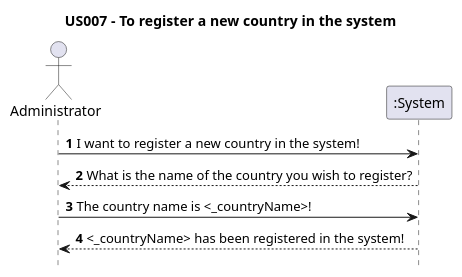
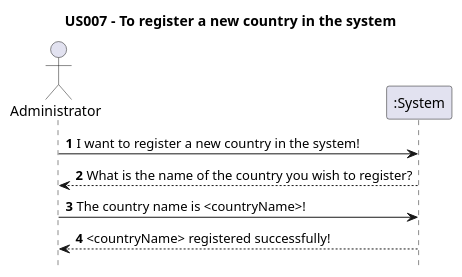
One commit to AndrePereiraGitH/SWitCH-Project-Team_A changed the diagram in Diagrams/SequenceDiagrams/N1/US007-to-register-a-new-country-in-the-system.puml. Above: the diagram before and after it, drawn with PlantUML. The commit also changed 4 other files, not shown here.

```diff
--- a/Diagrams/SequenceDiagrams/N1/US007-to-register-a-new-country-in-the-system.puml
+++ b/Diagrams/SequenceDiagrams/N1/US007-to-register-a-new-country-in-the-system.puml
@@ -1,15 +1,15 @@
 @startuml
 
 hide footbox
 
 title US007 - To register a new country in the system
 
 actor Administrator
 participant ":System" as System
 
 'Human Interactions between Administrator and System
 Administrator -> System : **1** I want to register a new country in the system!
 System --> Administrator : **2** What is the name of the country you wish to register?
-Administrator -> System : **3** The country name is <_countryName>!
-System --> Administrator : **4** <_countryName> has been registered in the system!
+Administrator -> System : **3** The country name is <countryName>!
+System --> Administrator : **4** <countryName> registered successfully!
 @enduml
```
